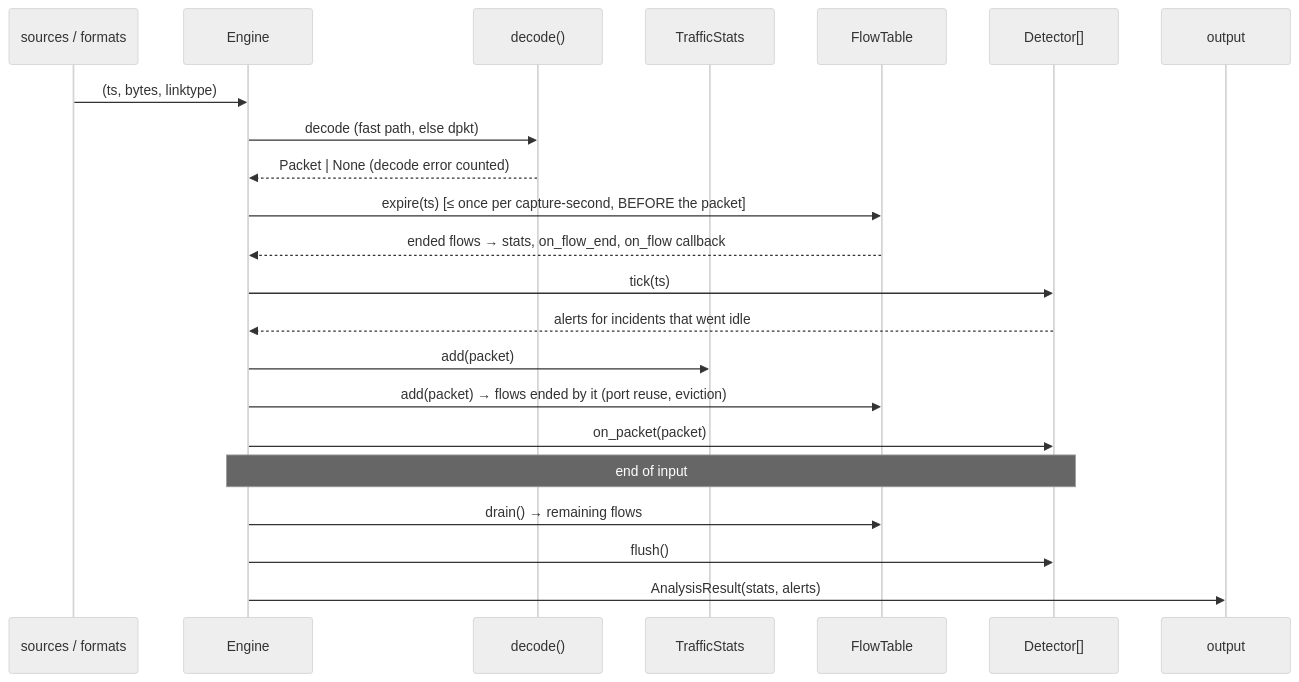
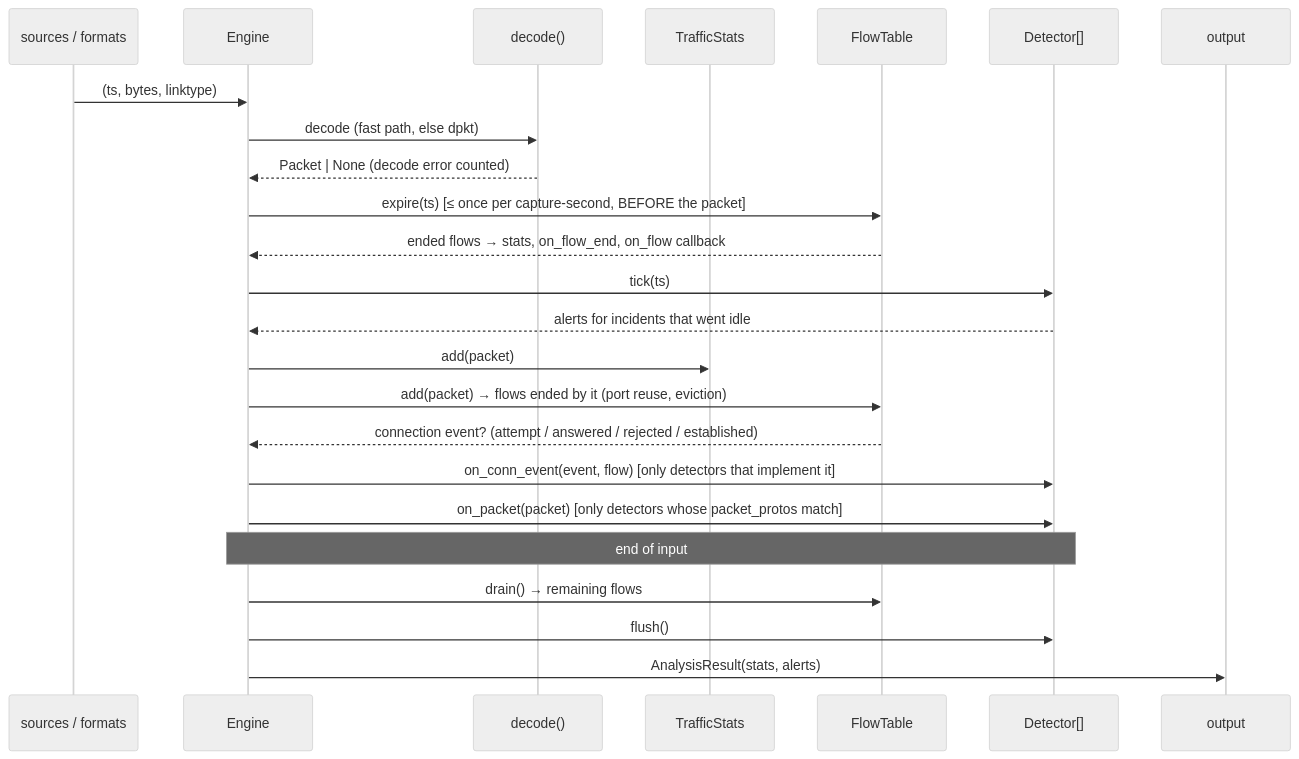
One commit to furkan-akkaya/NetGuard changed the diagram in docs/ARCHITECTURE.md. Above: the diagram before and after it, drawn with Mermaid (neutral theme). The commit also changed other lines of this file and 12 other files, not shown here.

````diff
--- a/docs/ARCHITECTURE.md
+++ b/docs/ARCHITECTURE.md
@@ -16,25 +16,27 @@
 ```mermaid
 sequenceDiagram
     participant S as sources / formats
     participant E as Engine
     participant D as decode()
     participant T as TrafficStats
     participant F as FlowTable
     participant X as Detector[]
     participant O as output
 
     S->>E: (ts, bytes, linktype)
     E->>D: decode (fast path, else dpkt)
     D-->>E: Packet | None (decode error counted)
     E->>F: expire(ts)  [≤ once per capture-second, BEFORE the packet]
     F-->>E: ended flows → stats, on_flow_end, on_flow callback
     E->>X: tick(ts)
     X-->>E: alerts for incidents that went idle
     E->>T: add(packet)
     E->>F: add(packet) → flows ended by it (port reuse, eviction)
-    E->>X: on_packet(packet)
+    F-->>E: connection event? (attempt / answered / rejected / established)
+    E->>X: on_conn_event(event, flow)  [only detectors that implement it]
+    E->>X: on_packet(packet)  [only detectors whose packet_protos match]
     Note over E,X: end of input
     E->>F: drain() → remaining flows
     E->>X: flush()
     E->>O: AnalysisResult(stats, alerts)
 ```
````
